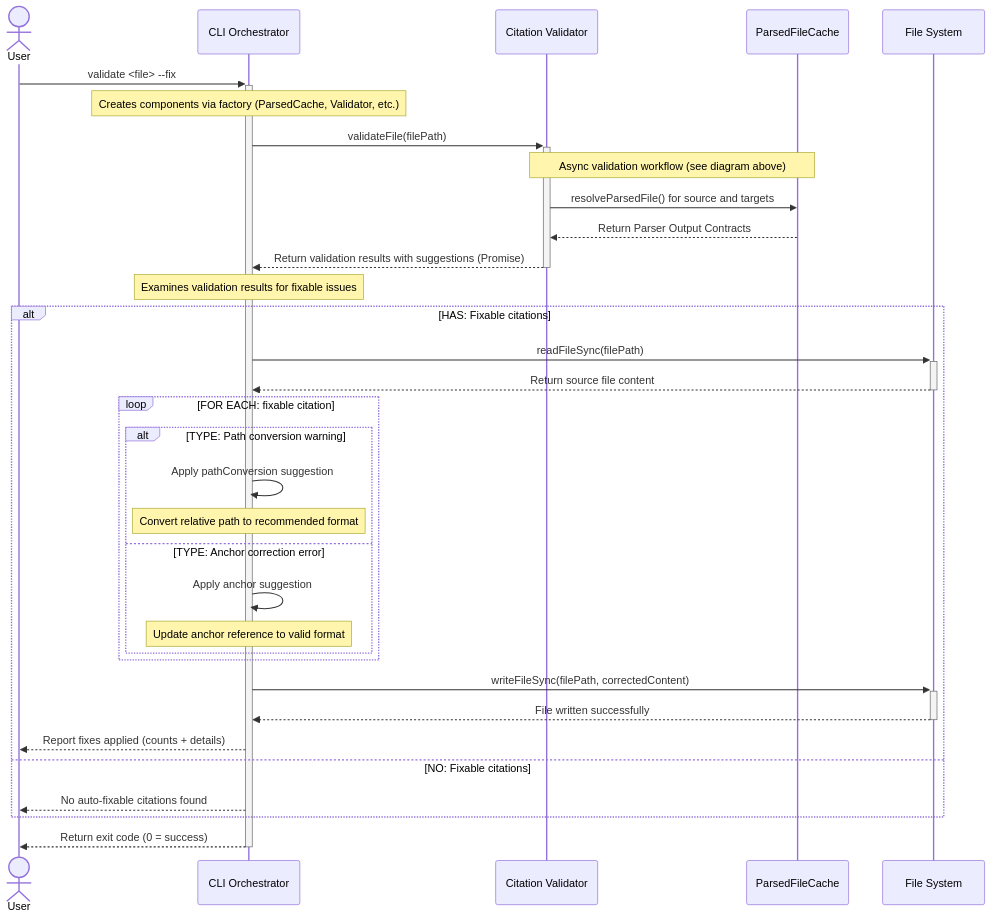
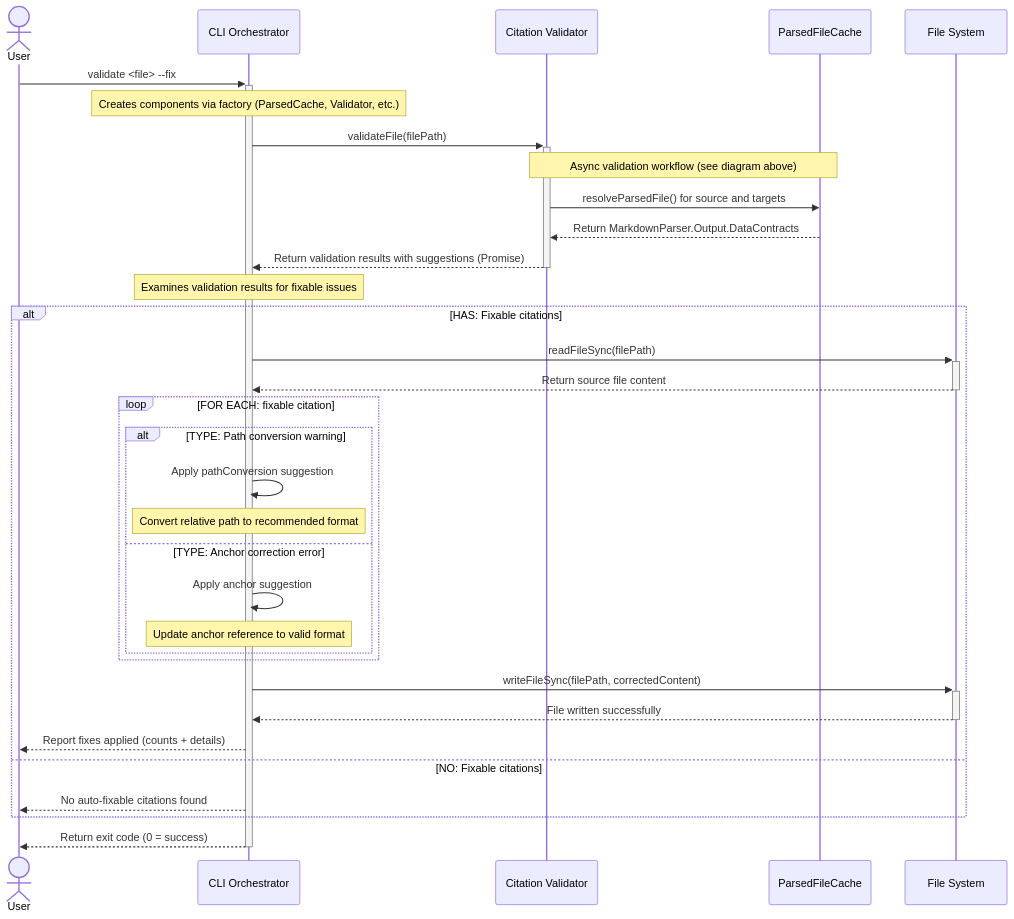
Before and after one commit to WesleyMFrederick/cc-workflows: the third of 3 diagrams in tools/citation-manager/design-docs/features/20251003-content-aggregation/content-aggregation-architecture.md, drawn with Mermaid. The commit also changed other lines of this file and 46 other files, not shown here.

First line of the commit message:
Standardize MarkdownParser.Output.DataContract terminology and add Epic 2 preparation stories

````diff
--- a/tools/citation-manager/design-docs/features/20251003-content-aggregation/content-aggregation-architecture.md
+++ b/tools/citation-manager/design-docs/features/20251003-content-aggregation/content-aggregation-architecture.md
@@ -296,46 +296,46 @@
 ```mermaid
 sequenceDiagram
     actor User
     participant CLI as CLI Orchestrator
     participant Validator as Citation Validator
     participant ParsedCache as ParsedFileCache
     participant FS as File System
 
     User->>+CLI: validate <file> --fix
 
     note over CLI: Creates components via factory (ParsedCache, Validator, etc.)
 
     CLI->>+Validator: validateFile(filePath)
 
     note over Validator, ParsedCache: Async validation workflow (see diagram above)
     Validator->>ParsedCache: resolveParsedFile() for source and targets
-    ParsedCache-->>Validator: Return Parser Output Contracts
+    ParsedCache-->>Validator: Return MarkdownParser.Output.DataContracts
 
     Validator-->>-CLI: Return validation results with suggestions (Promise)
 
     note over CLI: Examines validation results for fixable issues
 
     alt HAS: Fixable citations
         CLI->>+FS: readFileSync(filePath)
         FS-->>-CLI: Return source file content
 
         loop FOR EACH: fixable citation
             alt TYPE: Path conversion warning
                 CLI->>CLI: Apply pathConversion suggestion
                 note over CLI: Convert relative path to recommended format
             else TYPE: Anchor correction error
                 CLI->>CLI: Apply anchor suggestion
                 note over CLI: Update anchor reference to valid format
             end
         end
 
         CLI->>+FS: writeFileSync(filePath, correctedContent)
         FS-->>-CLI: File written successfully
 
         CLI-->>User: Report fixes applied (counts + details)
     else NO: Fixable citations
         CLI-->>User: No auto-fixable citations found
     end
 
     CLI-->>-User: Return exit code (0 = success)
 ```
````
